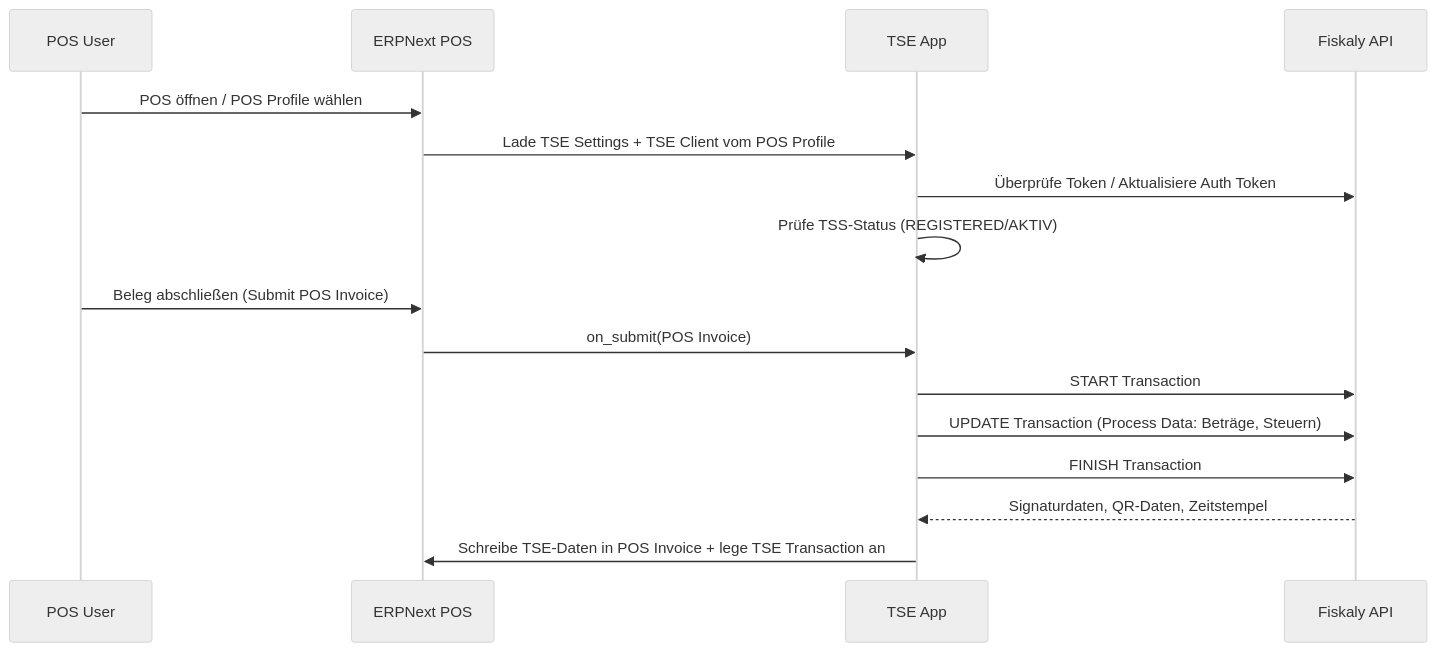
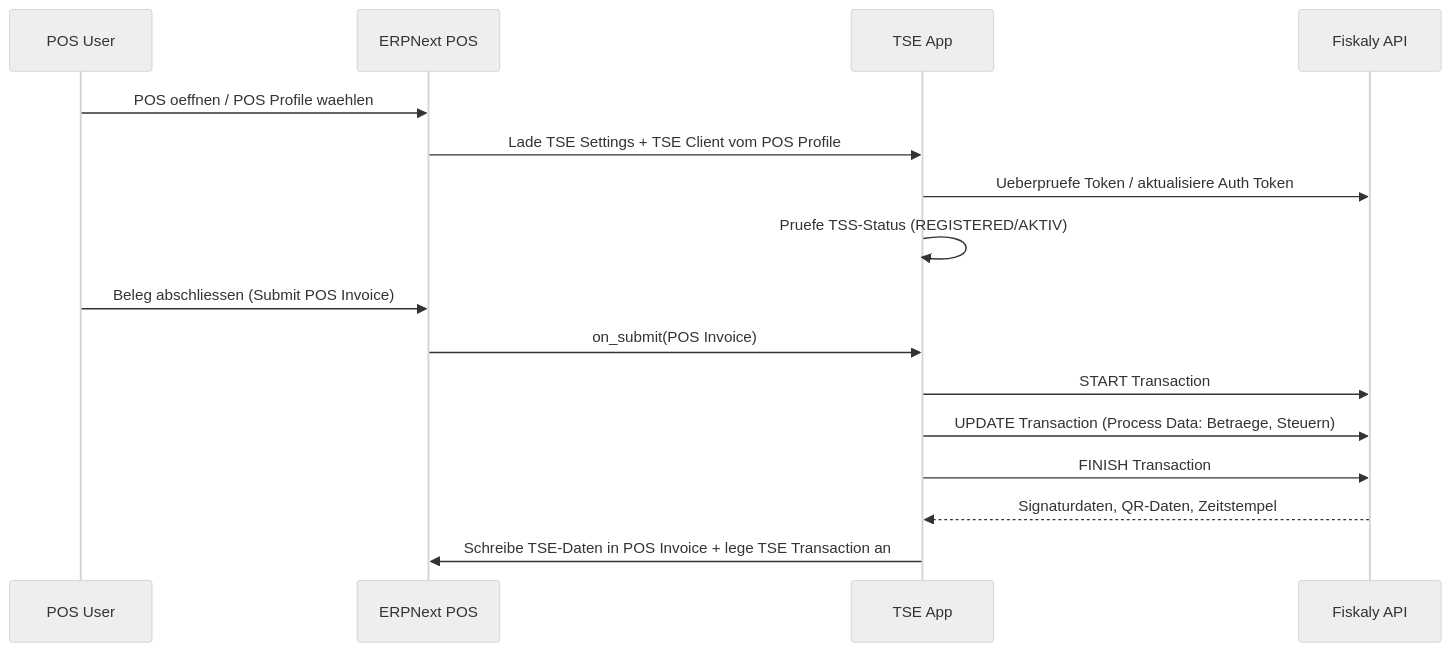
Before and after one commit to Rocket-Quack/erpnext_tse: the second of 7 diagrams in docs/guides/de/process_diagram.md, drawn with Mermaid (neutral theme). The commit also changed other lines of this file and 19 other files, not shown here.

`````diff
--- a/docs/guides/de/process_diagram.md
+++ b/docs/guides/de/process_diagram.md
@@ -20,23 +20,22 @@
 ```mermaid
 sequenceDiagram
     participant User as POS User
     participant POS as ERPNext POS
     participant App as TSE App
     participant Fiskaly as Fiskaly API
 
-    User->>POS: POS öffnen / POS Profile wählen
+    User->>POS: POS oeffnen / POS Profile waehlen
     POS->>App: Lade TSE Settings + TSE Client vom POS Profile
-    App->>Fiskaly: Überprüfe Token / Aktualisiere Auth Token
-    App->>App: Prüfe TSS-Status (REGISTERED/AKTIV)
+    App->>Fiskaly: Ueberpruefe Token / aktualisiere Auth Token
+    App->>App: Pruefe TSS-Status (REGISTERED/AKTIV)
 
-    User->>POS: Beleg abschließen (Submit POS Invoice)
+    User->>POS: Beleg abschliessen (Submit POS Invoice)
 
     POS->>App: on_submit(POS Invoice)
     App->>Fiskaly: START Transaction
-    App->>Fiskaly: UPDATE Transaction (Process Data: Beträge, Steuern)
+    App->>Fiskaly: UPDATE Transaction (Process Data: Betraege, Steuern)
     App->>Fiskaly: FINISH Transaction
     Fiskaly-->>App: Signaturdaten, QR-Daten, Zeitstempel
 
     App->>POS: Schreibe TSE-Daten in POS Invoice + lege TSE Transaction an
-
-````
+```
`````
